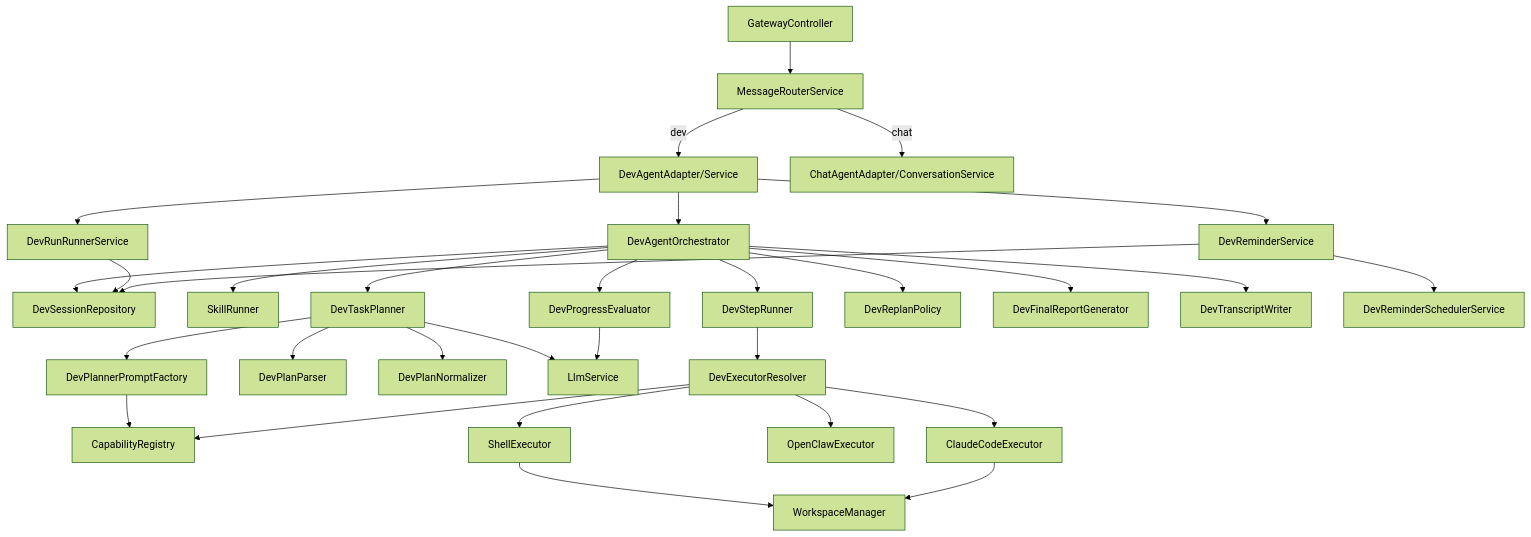
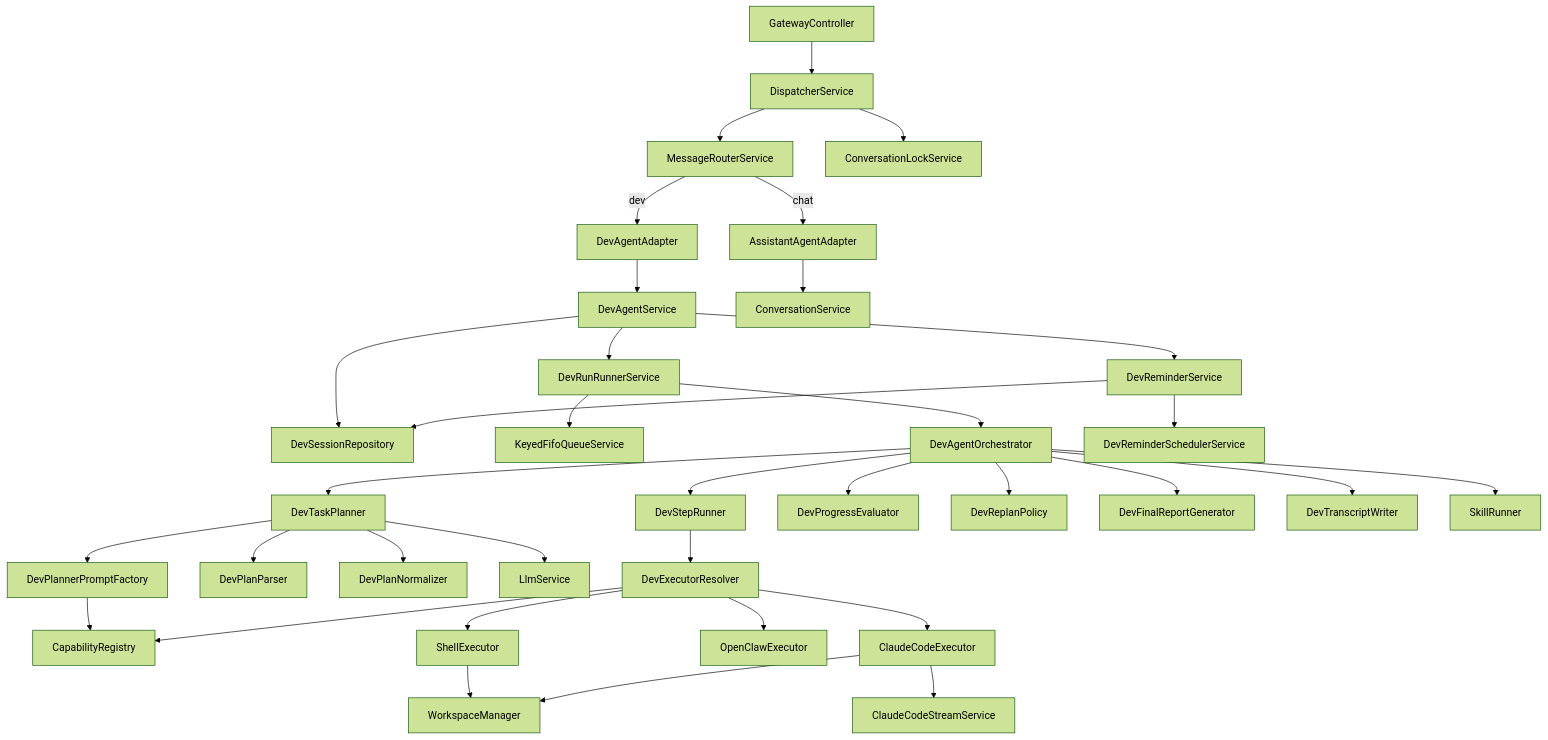
One commit to xuhailin/xiaoqing changed the first of 3 diagrams in docs/dev-agent-architecture.md. Above: the diagram before and after it, drawn with Mermaid (forest theme). The commit also changed other lines of this file and 26 other files, not shown here.

First line of the commit message:
refactor: 对话管线拆分与 DevAgent 枚举/队列基础设施

````diff
--- a/docs/dev-agent-architecture.md
+++ b/docs/dev-agent-architecture.md
@@ -32,37 +34,45 @@
 ```mermaid
 flowchart TD
-  A[GatewayController] --> B[MessageRouterService]
-  B -->|dev| C[DevAgentAdapter/Service]
-  B -->|chat| D[ChatAgentAdapter/ConversationService]
+  A[GatewayController] --> B[DispatcherService]
+  B --> C[MessageRouterService]
+  B --> D[ConversationLockService]
 
-  C --> E[DevAgentOrchestrator]
-  C --> RQ[DevRunRunnerService]
-  C --> RS[DevReminderService]
-  E --> F[DevSessionRepository]
-  RQ --> F
-  E --> G[SkillRunner]
-  E --> H[DevTaskPlanner]
-  E --> I[DevStepRunner]
-  E --> J[DevProgressEvaluator]
-  E --> K[DevReplanPolicy]
-  E --> L[DevFinalReportGenerator]
-  E --> M[DevTranscriptWriter]
+  C -->|dev| E[DevAgentAdapter]
+  C -->|chat| F[AssistantAgentAdapter]
 
-  H --> H1[DevPlannerPromptFactory]
-  H --> H2[DevPlanParser]
-  H --> H3[DevPlanNormalizer]
-  H --> N[LlmService]
-  H1 --> O[CapabilityRegistry]
+  E --> G[DevAgentService]
+  F --> H[ConversationService]
 
-  I --> I1[DevExecutorResolver]
-  I1 --> O
-  I1 --> P[ShellExecutor]
-  I1 --> Q[OpenClawExecutor]
-  I1 --> Q2[ClaudeCodeExecutor]
-  P --> W[WorkspaceManager]
-  Q2 --> W
+  G --> I[DevSessionRepository]
+  G --> J[DevRunRunnerService]
+  G --> K[DevReminderService]
 
-  J --> N
-  RS --> RT[DevReminderSchedulerService]
-  RS --> F
+  J --> L[KeyedFifoQueueService]
+  J --> M[DevAgentOrchestrator]
+
+  M --> N[DevTaskPlanner]
+  M --> O[DevStepRunner]
+  M --> P[DevProgressEvaluator]
+  M --> Q[DevReplanPolicy]
+  M --> R[DevFinalReportGenerator]
+  M --> S[DevTranscriptWriter]
+  M --> T[SkillRunner]
+
+  N --> N1[DevPlannerPromptFactory]
+  N --> N2[DevPlanParser]
+  N --> N3[DevPlanNormalizer]
+  N --> U[LlmService]
+  N1 --> V[CapabilityRegistry]
+
+  O --> O1[DevExecutorResolver]
+  O1 --> V
+  O1 --> W[ShellExecutor]
+  O1 --> X[OpenClawExecutor]
+  O1 --> Y[ClaudeCodeExecutor]
+  Y --> Y1[ClaudeCodeStreamService]
+  W --> Z[WorkspaceManager]
+  Y --> Z
+
+  K --> K1[DevReminderSchedulerService]
+  K --> I
 ```
````
